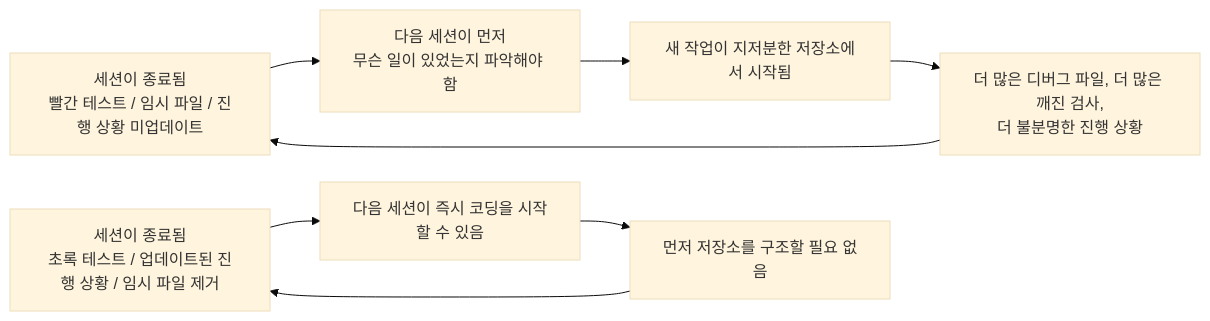
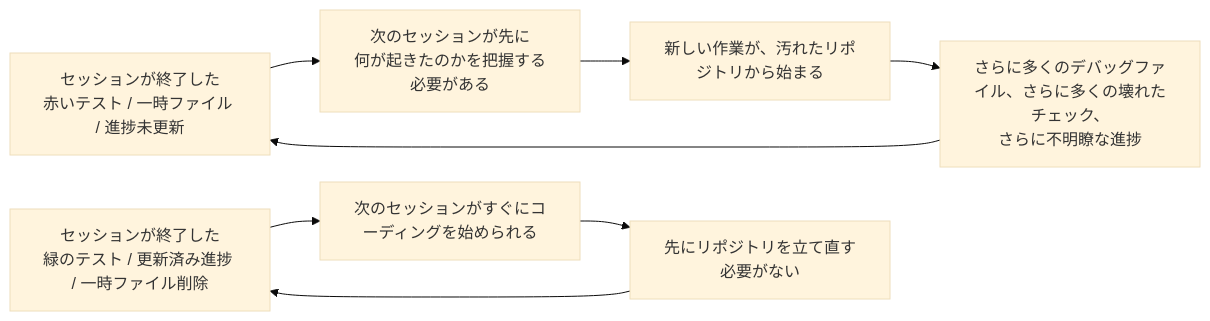
Before and after one commit to mkusaka/learn-harness-engineering: the second of 2 diagrams in docs/ko/lectures/lecture-12-why-every-session-must-leave-a-clean-state/index.md, drawn with Mermaid (base theme). The commit also changed other lines of this file and 571 other files, not shown here.

````diff
--- a/docs/ko/lectures/lecture-12-why-every-session-must-leave-a-clean-state/index.md
+++ b/docs/ko/lectures/lecture-12-why-every-session-must-leave-a-clean-state/index.md
@@ -39,11 +39,11 @@
 ```mermaid
 flowchart LR
-    Dirty["세션이 종료됨<br/>빨간 테스트 / 임시 파일 / 진행 상황 미업데이트"] --> Diagnose["다음 세션이 먼저<br/>무슨 일이 있었는지 파악해야 함"]
-    Diagnose --> Fragile["새 작업이 지저분한 저장소에서 시작됨"]
-    Fragile --> More["더 많은 디버그 파일, 더 많은 깨진 검사,<br/>더 불분명한 진행 상황"]
+    Dirty["セッションが終了した<br/>赤いテスト / 一時ファイル / 進捗未更新"] --> Diagnose["次のセッションが先に<br/>何が起きたのかを把握する必要がある"]
+    Diagnose --> Fragile["新しい作業が、汚れたリポジトリから始まる"]
+    Fragile --> More["さらに多くのデバッグファイル、さらに多くの壊れたチェック、<br/>さらに不明瞭な進捗"]
     More --> Dirty
 
-    Clean["세션이 종료됨<br/>초록 테스트 / 업데이트된 진행 상황 / 임시 파일 제거"] --> Fast["다음 세션이 즉시 코딩을 시작할 수 있음"]
-    Fast --> Stable["먼저 저장소를 구조할 필요 없음"]
+    Clean["セッションが終了した<br/>緑のテスト / 更新済み進捗 / 一時ファイル削除"] --> Fast["次のセッションがすぐにコーディングを始められる"]
+    Fast --> Stable["先にリポジトリを立て直す必要がない"]
     Stable --> Clean
 ```
````
